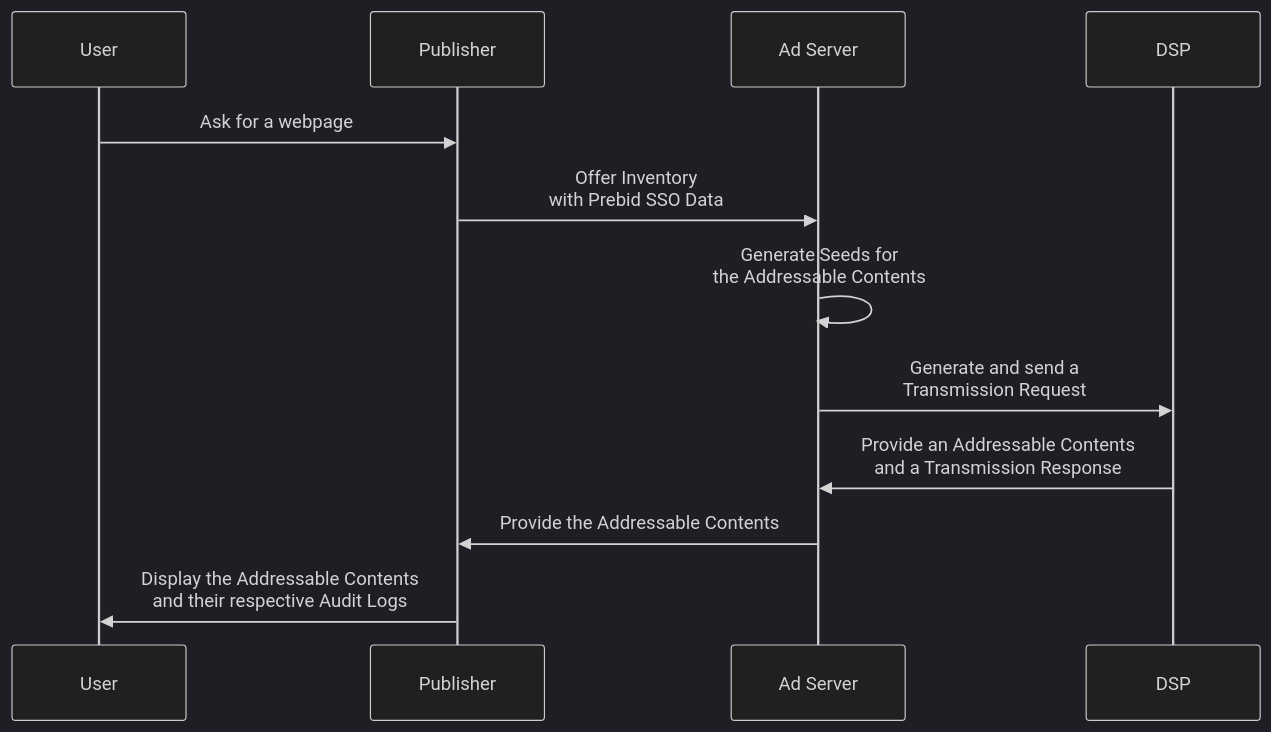
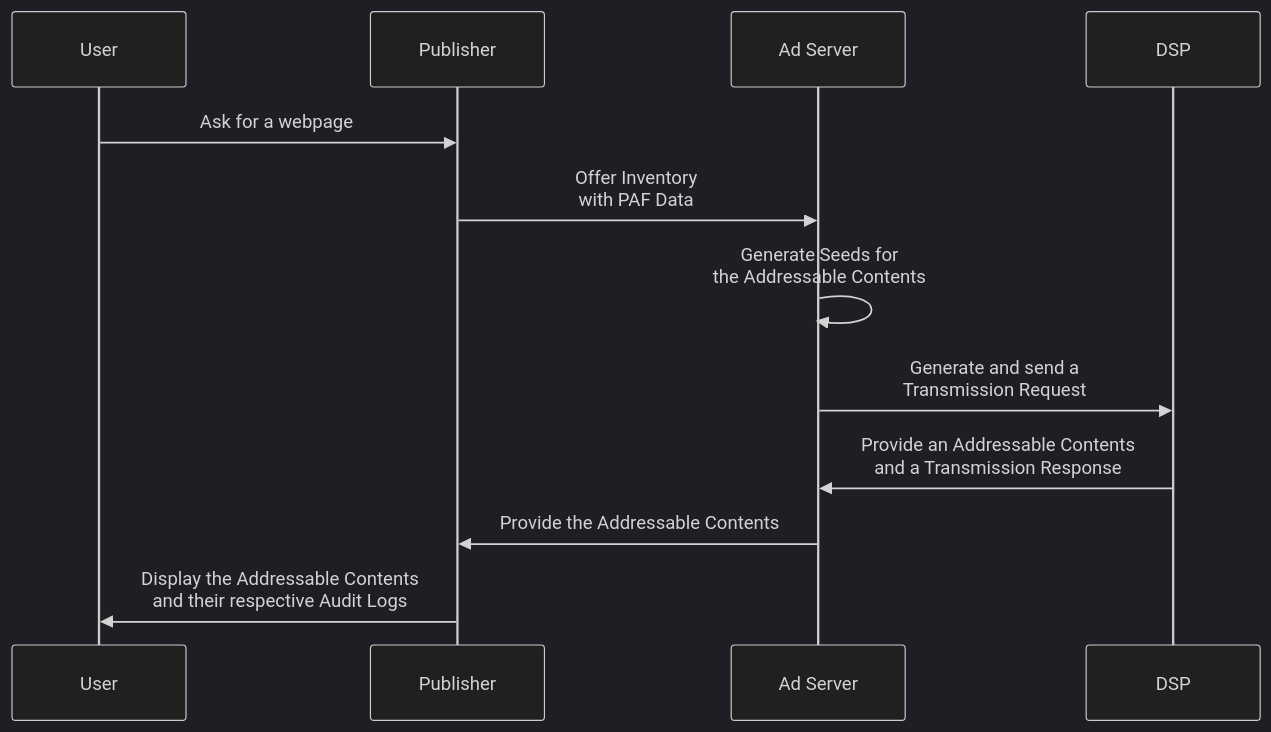
The first of 4 diagrams in mvp-spec/ad-server-implementation.md (OneKey-Network/addressability-framework), drawn with Mermaid (dark theme) before and after one commit. The commit also changed 1 other file, not shown here.

Commit message:
Update ad-server-flow.mmd (#92)
* Update ad-server-flow.mmd

Prebid SSO -> PAF

* Re-generate files for partials

````diff
--- a/mvp-spec/ad-server-implementation.md
+++ b/mvp-spec/ad-server-implementation.md
@@ -27,15 +27,15 @@
 ```mermaid
 sequenceDiagram
     participant User
     participant Publisher
     participant AdServer as Ad Server
     participant DSP
 
     User->>Publisher: Ask for a webpage
-    Publisher->>AdServer: Offer Inventory<br />with Prebid SSO Data
+    Publisher->>AdServer: Offer Inventory<br />with PAF Data
     AdServer->>AdServer: Generate Seeds for <br /> the Addressable Contents
     AdServer->>DSP: Generate and send a <br /> Transmission Request
     DSP->>AdServer: Provide an Addressable Contents <br /> and a Transmission Response
     AdServer->>Publisher: Provide the Addressable Contents
     Publisher->>User: Display the Addressable Contents <br /> and their respective Audit Logs
 ```
````
